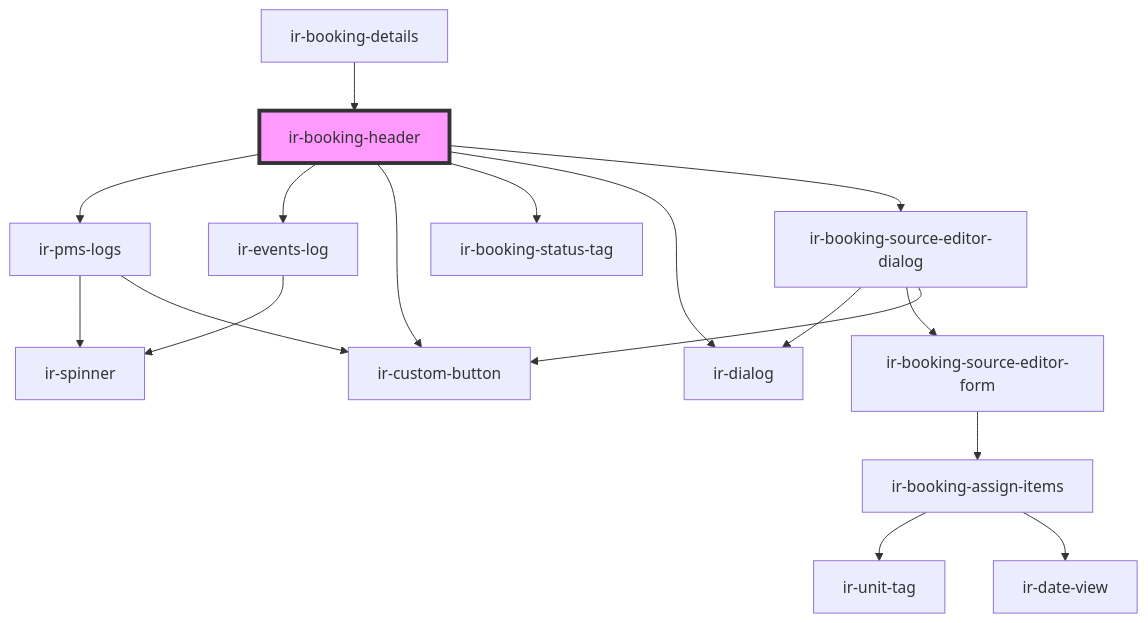
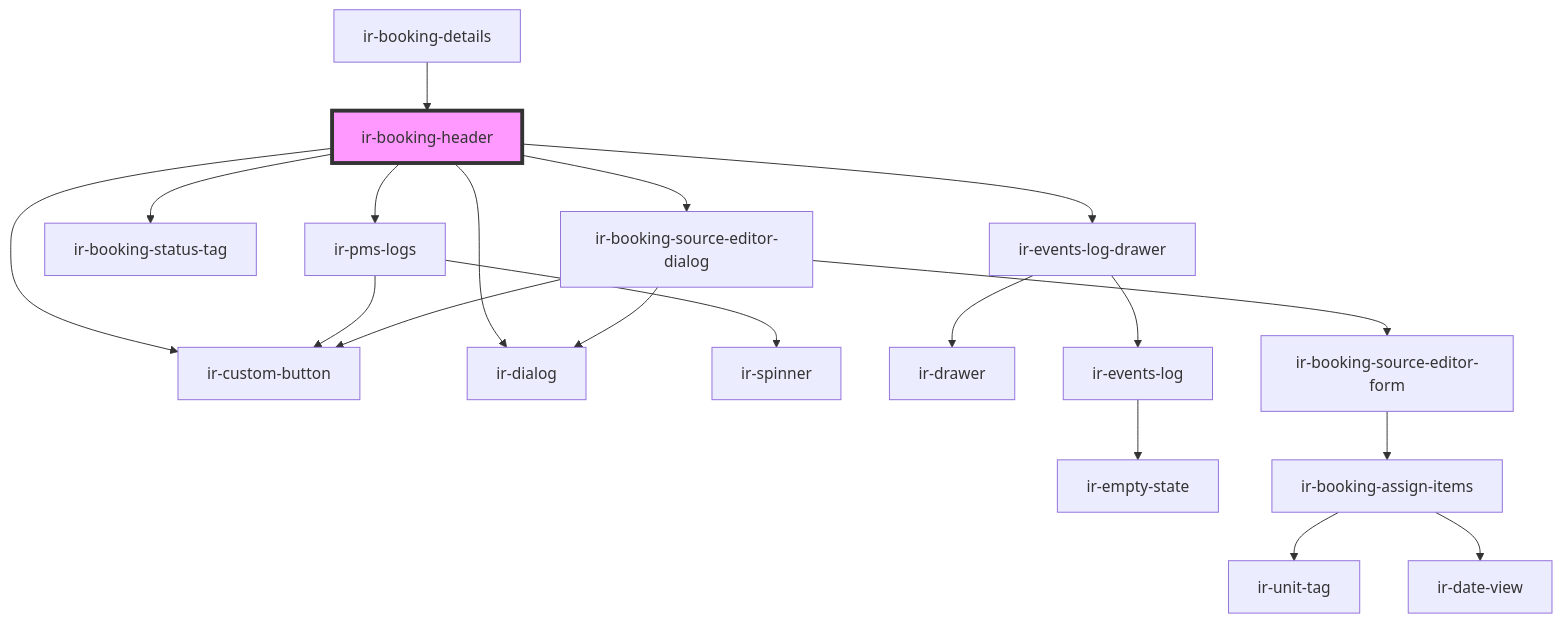
Before and after one commit to RonyRizk/ir-webcmp: the diagram in src/components/ir-booking-details/ir-booking-header/readme.md, drawn with Mermaid. The commit also changed other lines of this file and 54 other files, not shown here.

````diff
--- a/src/components/ir-booking-details/ir-booking-header/readme.md
+++ b/src/components/ir-booking-details/ir-booking-header/readme.md
@@ -49,20 +47,22 @@
 ```mermaid
 graph TD;
   ir-booking-header --> ir-pms-logs
-  ir-booking-header --> ir-events-log
   ir-booking-header --> ir-custom-button
   ir-booking-header --> ir-booking-status-tag
   ir-booking-header --> ir-dialog
+  ir-booking-header --> ir-events-log-drawer
   ir-booking-header --> ir-booking-source-editor-dialog
   ir-pms-logs --> ir-spinner
   ir-pms-logs --> ir-custom-button
-  ir-events-log --> ir-spinner
+  ir-events-log-drawer --> ir-drawer
+  ir-events-log-drawer --> ir-events-log
+  ir-events-log --> ir-empty-state
   ir-booking-source-editor-dialog --> ir-dialog
   ir-booking-source-editor-dialog --> ir-booking-source-editor-form
   ir-booking-source-editor-dialog --> ir-custom-button
   ir-booking-source-editor-form --> ir-booking-assign-items
   ir-booking-assign-items --> ir-unit-tag
   ir-booking-assign-items --> ir-date-view
   ir-booking-details --> ir-booking-header
   style ir-booking-header fill:#f9f,stroke:#333,stroke-width:4px
 ```
````
